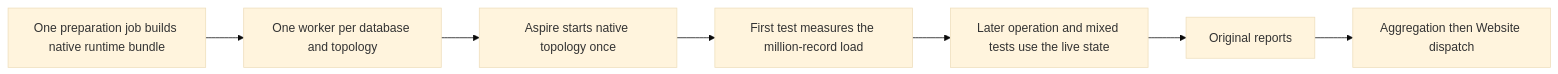
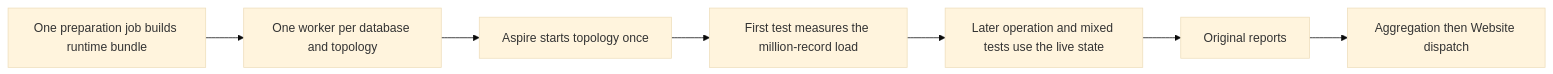
One commit to managedcode/KeyLoad changed the diagram in docs/ADR/ADR-142-shared-live-benchmark-sessions.md. Above: the diagram before and after it, drawn with Mermaid (base theme). The commit also changed other lines of this file and 9016 other files, not shown here.

````diff
--- a/docs/ADR/ADR-142-shared-live-benchmark-sessions.md
+++ b/docs/ADR/ADR-142-shared-live-benchmark-sessions.md
@@ -10,9 +10,9 @@
 ```mermaid
 flowchart LR
-    Prep[One preparation job builds native runtime bundle] --> Worker[One worker per database and topology]
-    Worker --> Topology[Aspire starts native topology once]
+    Prep[One preparation job builds runtime bundle] --> Worker[One worker per database and topology]
+    Worker --> Topology[Aspire starts topology once]
     Topology --> Load[First test measures the million-record load]
     Load --> Ops[Later operation and mixed tests use the live state]
     Ops --> Report[Original reports]
     Report --> Aggregate[Aggregation then Website dispatch]
 ```
````
